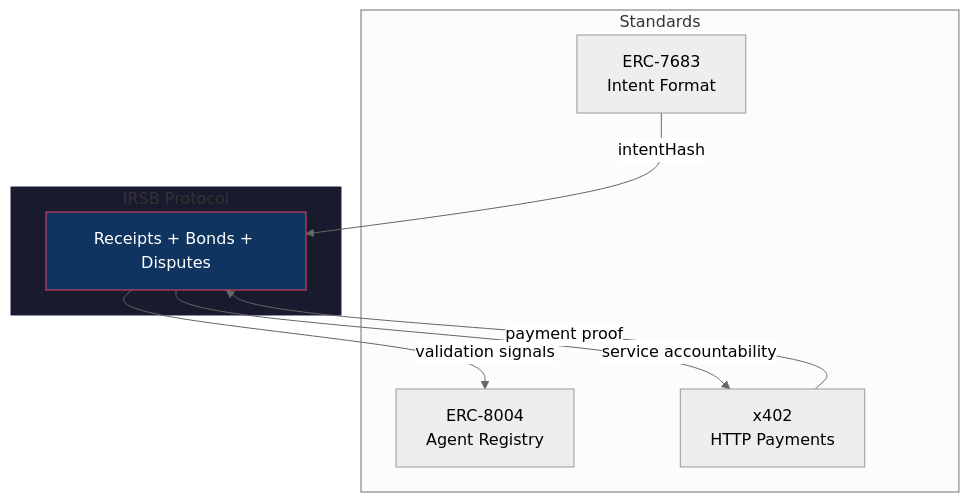
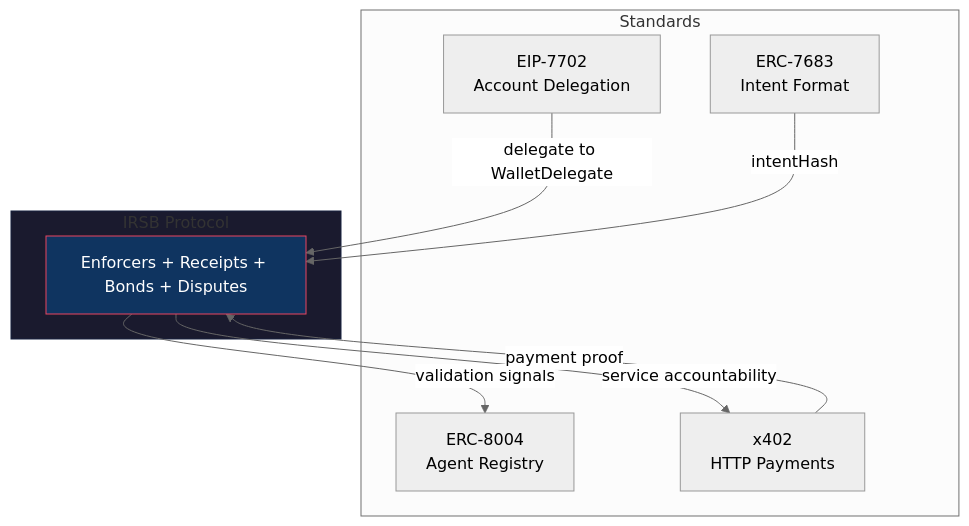
The second of 5 diagrams in README.md (intent-solutions-io/irsb-protocol), drawn with Mermaid (neutral theme) before and after one commit. The commit also changed other lines of this file and 2 other files, not shown here.

````diff
--- a/README.md
+++ b/README.md
@@ -48,20 +64,22 @@
 ```mermaid
 flowchart TB
     subgraph Standards
+        EIP7702[EIP-7702<br/>Account Delegation]
         ERC7683[ERC-7683<br/>Intent Format]
         ERC8004[ERC-8004<br/>Agent Registry]
         X402[x402<br/>HTTP Payments]
     end
 
     subgraph IRSB[IRSB Protocol]
-        Core[Receipts + Bonds + Disputes]
+        Core[Enforcers + Receipts + Bonds + Disputes]
     end
 
+    EIP7702 -->|"delegate to WalletDelegate"| Core
     ERC7683 -->|"intentHash"| Core
     Core -->|"validation signals"| ERC8004
     X402 -->|"payment proof"| Core
     Core -->|"service accountability"| X402
 
     style IRSB fill:#1a1a2e,stroke:#16213e
     style Core fill:#0f3460,stroke:#e94560,color:#fff
 ```
````
